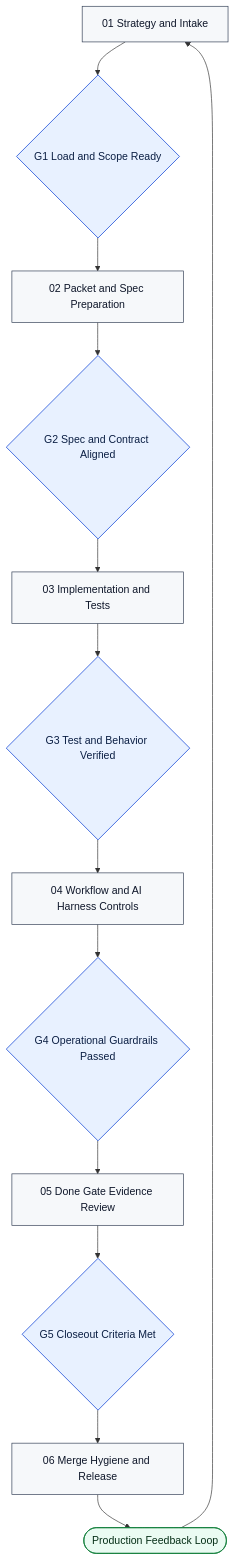
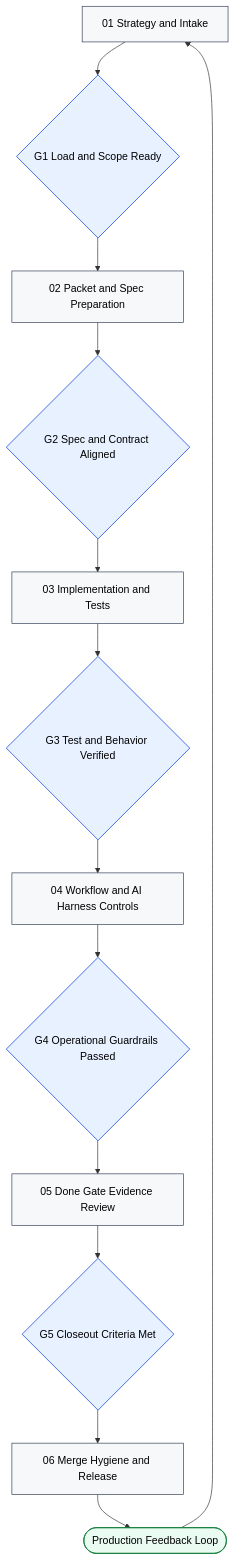
One commit to torbenanderson/icebox-cli changed the second of 2 diagrams in docs/process/README.md. Above: the diagram before and after it, drawn with Mermaid. The commit also changed other lines of this file, not shown here.

First line of the commit message:
docs(process): improve mermaid diagrams and add intros

````diff
--- a/docs/process/README.md
+++ b/docs/process/README.md
@@ -67,19 +68,19 @@
 ```mermaid
 flowchart TB
-  classDef step fill:#F6F8FA,stroke:#2F3B52,stroke-width:1px,color:#0F172A;
-  classDef gate fill:#E8F1FF,stroke:#1D4ED8,stroke-width:1.2px,color:#0B1F44;
-  classDef done fill:#EAFBF2,stroke:#15803D,stroke-width:1.2px,color:#052E16;
+  classDef step fill:#F6F8FA,stroke:#2F3B52,stroke-width:1px,color:#000000;
+  classDef gate fill:#E8F1FF,stroke:#1D4ED8,stroke-width:1.2px,color:#000000;
+  classDef done fill:#EAFBF2,stroke:#15803D,stroke-width:1.2px,color:#000000;
 
   S1[01 Strategy and Intake]:::step --> G1{G1 Load and Scope Ready}:::gate
   G1 --> S2[02 Packet and Spec Preparation]:::step
   S2 --> G2{G2 Spec and Contract Aligned}:::gate
   G2 --> S3[03 Implementation and Tests]:::step
   S3 --> G3{G3 Test and Behavior Verified}:::gate
   G3 --> S4[04 Workflow and AI Harness Controls]:::step
   S4 --> G4{G4 Operational Guardrails Passed}:::gate
   G4 --> S5[05 Done Gate Evidence Review]:::step
   S5 --> G5{G5 Closeout Criteria Met}:::gate
   G5 --> S6[06 Merge Hygiene and Release]:::step
   S6 --> O1([Production Feedback Loop]):::done
   O1 --> S1
 ```
````
